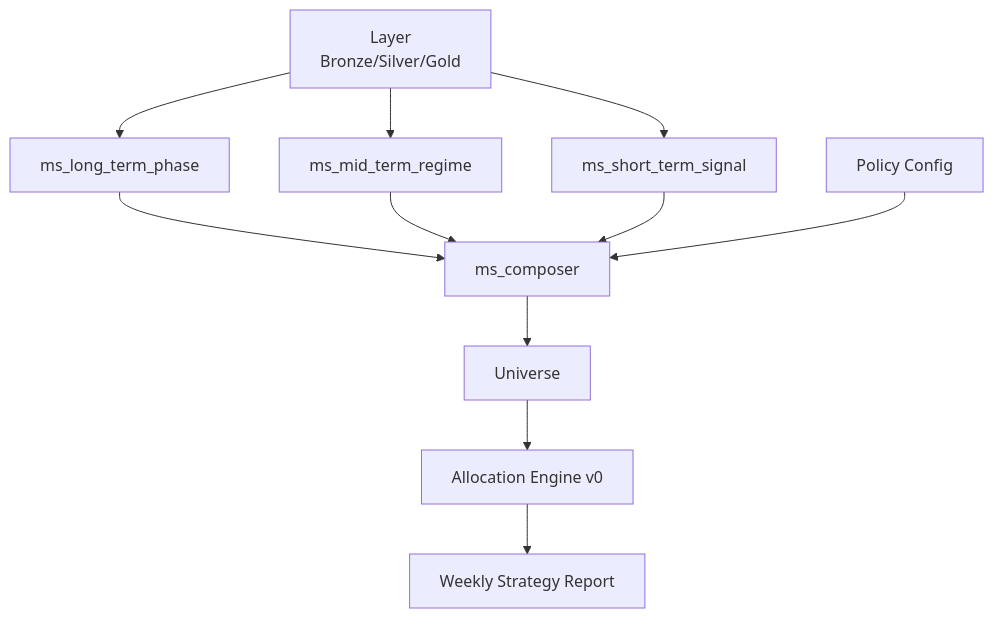
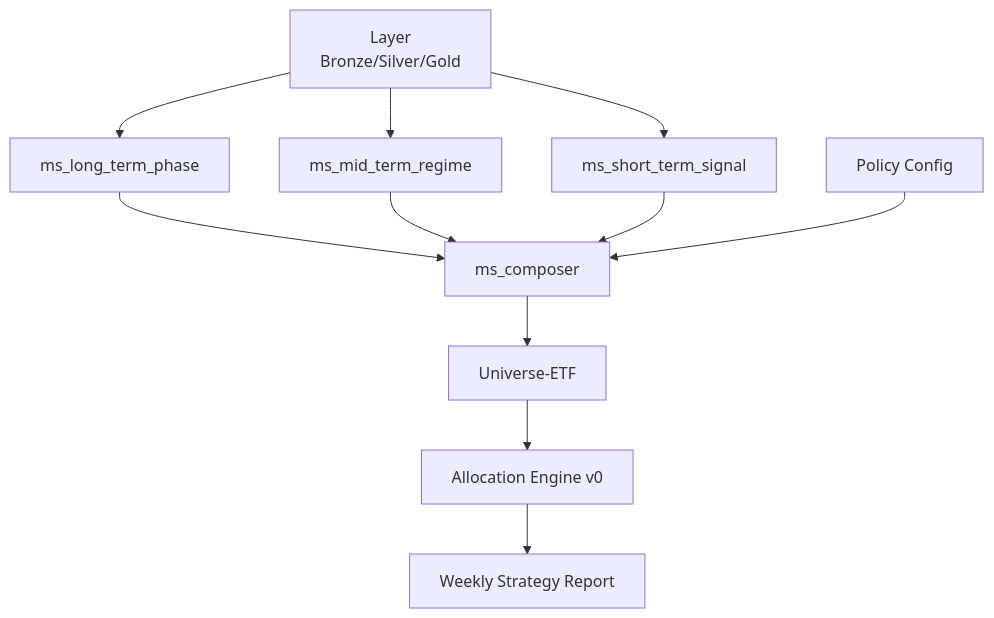
Before and after one commit to Ethan0625/pretrend_ai: the diagram in docs/strategy_architecture.md, drawn with Mermaid. The commit also changed other lines of this file and 8 other files, not shown here.

````diff
--- a/docs/strategy_architecture.md
+++ b/docs/strategy_architecture.md
@@ -56,13 +56,13 @@
 ```mermaid
 flowchart TD
     Layer[Layer<br/>Bronze/Silver/Gold] --> MS_Long[ms_long_term_phase]
     Layer --> MS_Mid[ms_mid_term_regime]
     Layer --> MS_Short[ms_short_term_signal]
     MS_Long --> MS_Composer[ms_composer]
     MS_Mid --> MS_Composer
     MS_Short --> MS_Composer
     PolicyConfig[Policy Config] --> MS_Composer
-    MS_Composer --> Universe[Universe]
-    Universe --> Allocation[Allocation Engine v0]
+    MS_Composer --> UniverseETF[Universe-ETF]
+    UniverseETF --> Allocation[Allocation Engine v0]
     Allocation --> WeeklyReport[Weekly Strategy Report]
 ```
````
